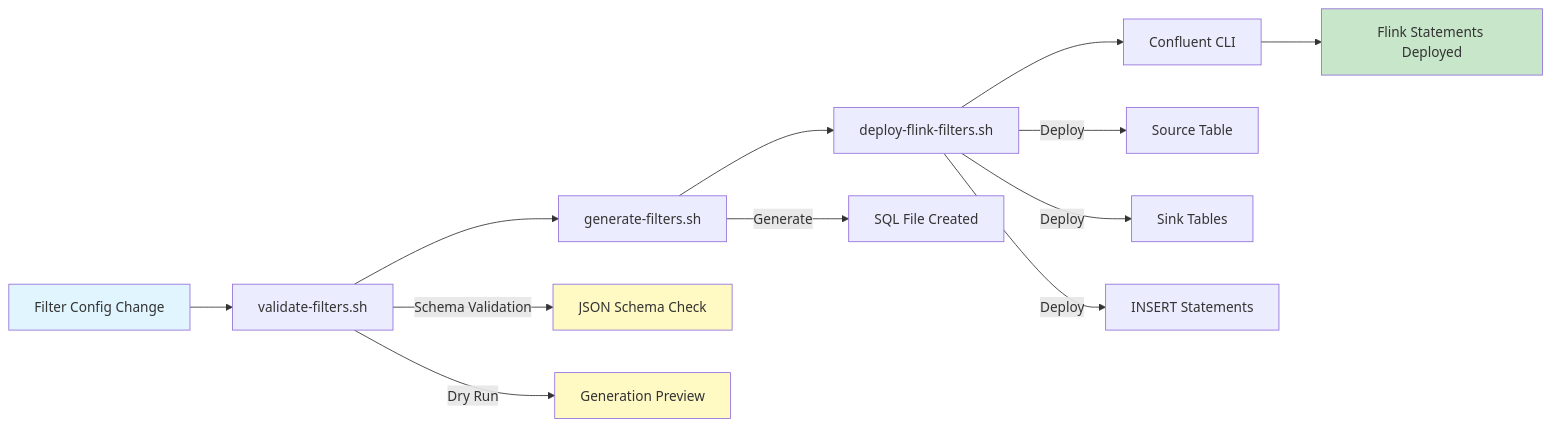
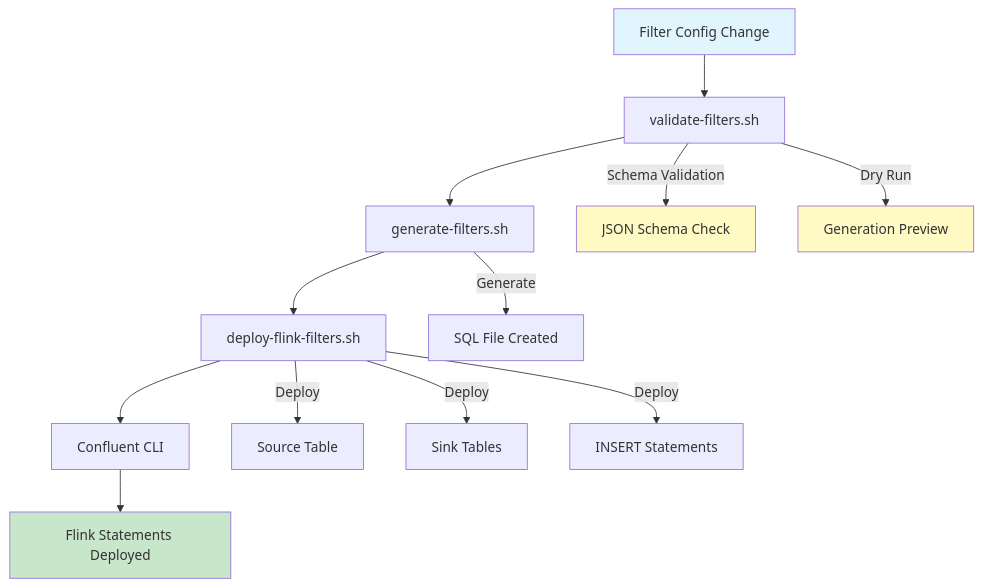
The third of 4 diagrams in cdc-streaming/spring-boot-alternative-architecture.md (RickZee/api-performance-multi-lang), drawn with Mermaid before and after one commit. The commit also changed other lines of this file and 16 other files, not shown here.

Commit message:
Improved logging and chart display

````diff
--- a/cdc-streaming/spring-boot-alternative-architecture.md
+++ b/cdc-streaming/spring-boot-alternative-architecture.md
@@ -235,20 +240,20 @@
 ```mermaid
-flowchart LR
+flowchart TD
     A[Filter Config Change] --> B[validate-filters.sh]
     B --> C[generate-filters.sh]
     C --> D[deploy-flink-filters.sh]
     D --> E[Confluent CLI]
     E --> F[Flink Statements Deployed]
     
     B -->|Schema Validation| B1[JSON Schema Check]
     B -->|Dry Run| B2[Generation Preview]
     C -->|Generate| C1[SQL File Created]
     D -->|Deploy| D1[Source Table]
     D -->|Deploy| D2[Sink Tables]
     D -->|Deploy| D3[INSERT Statements]
     
     style A fill:#e1f5ff
     style F fill:#c8e6c9
     style B1 fill:#fff9c4
     style B2 fill:#fff9c4
 ```
````
